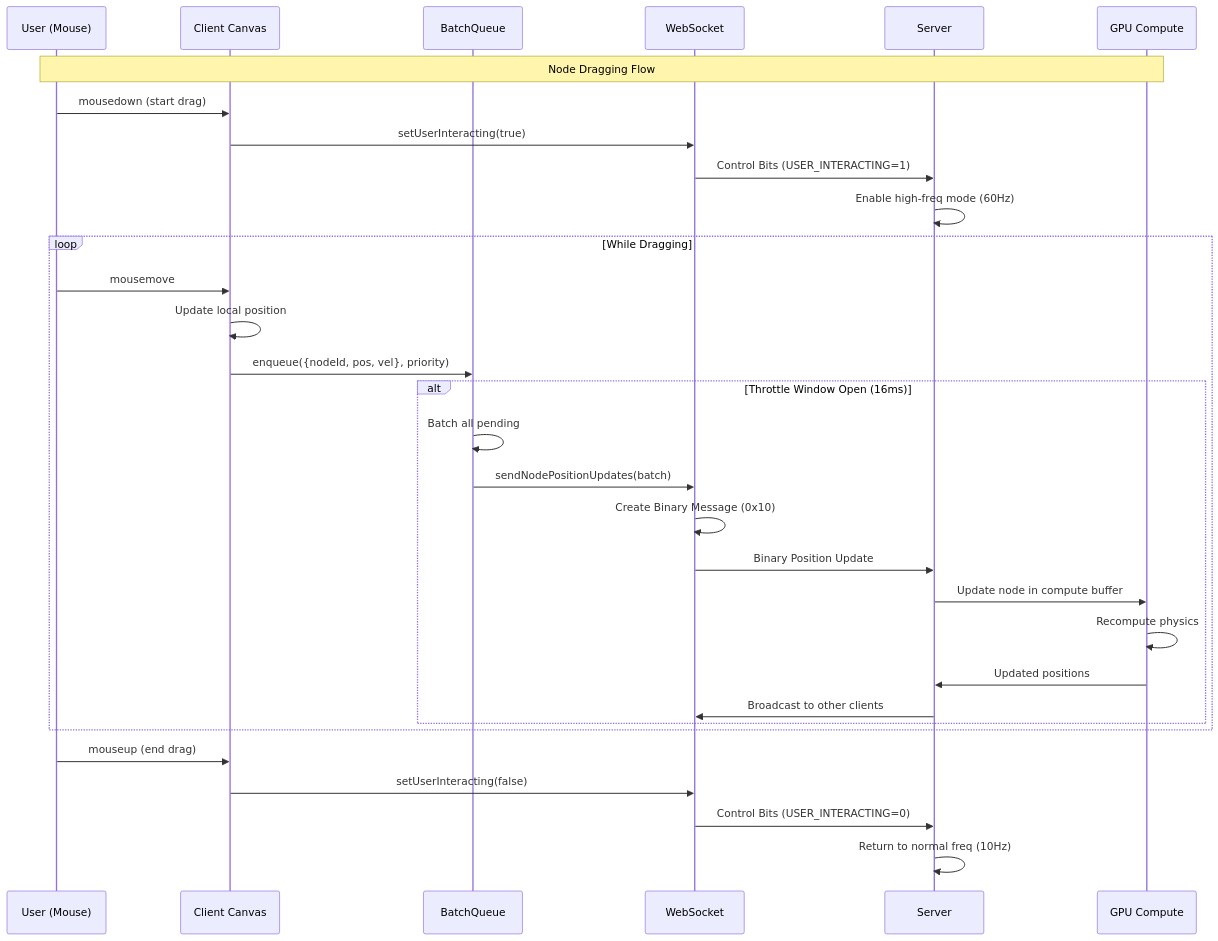
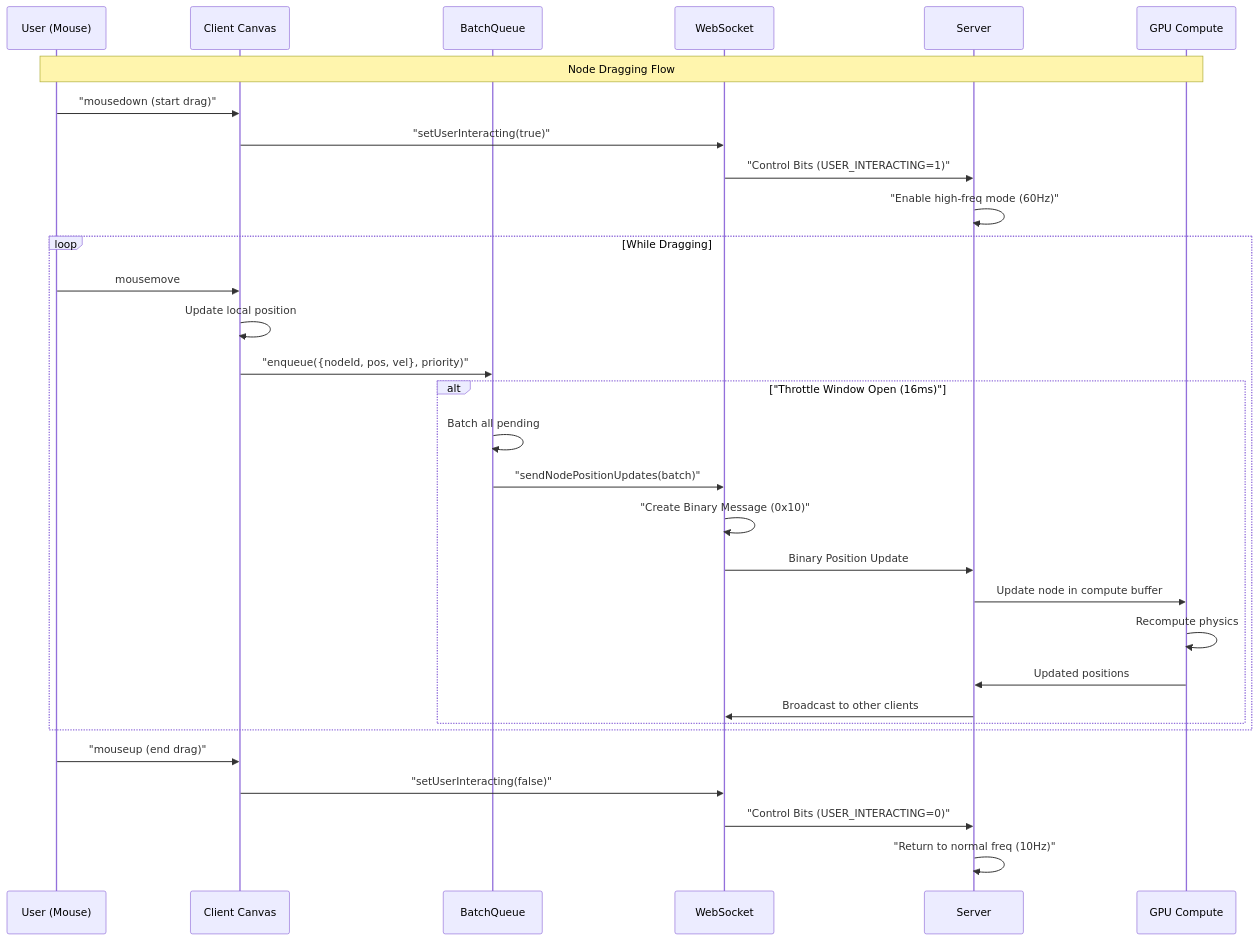
Diagram 13 of 19 in docs/diagrams/infrastructure/websocket/binary-protocol-complete.md (DreamLab-AI/VisionFlow), drawn with Mermaid before and after one commit. The commit also changed other lines of this file and 39 other files, not shown here.

````diff
--- a/docs/diagrams/infrastructure/websocket/binary-protocol-complete.md
+++ b/docs/diagrams/infrastructure/websocket/binary-protocol-complete.md
@@ -949,38 +949,38 @@
 ```mermaid
 sequenceDiagram
     participant U as User (Mouse)
     participant C as Client Canvas
     participant Q as BatchQueue
     participant WS as WebSocket
     participant S as Server
     participant GPU as GPU Compute
 
     Note over U,GPU: Node Dragging Flow
 
-    U->>C: mousedown (start drag)
-    C->>WS: setUserInteracting(true)
-    WS->>S: Control Bits (USER_INTERACTING=1)
-    S->>S: Enable high-freq mode (60Hz)
+    U->>C: "mousedown (start drag)"
+    C->>WS: "setUserInteracting(true)"
+    WS->>S: "Control Bits (USER_INTERACTING=1)"
+    S->>S: "Enable high-freq mode (60Hz)"
 
     loop While Dragging
         U->>C: mousemove
         C->>C: Update local position
-        C->>Q: enqueue({nodeId, pos, vel}, priority)
+        C->>Q: "enqueue({nodeId, pos, vel}, priority)"
 
-        alt Throttle Window Open (16ms)
+        alt "Throttle Window Open (16ms)"
             Q->>Q: Batch all pending
-            Q->>WS: sendNodePositionUpdates(batch)
-            WS->>WS: Create Binary Message (0x10)
+            Q->>WS: "sendNodePositionUpdates(batch)"
+            WS->>WS: "Create Binary Message (0x10)"
             WS->>S: Binary Position Update
             S->>GPU: Update node in compute buffer
             GPU->>GPU: Recompute physics
             GPU->>S: Updated positions
             S->>WS: Broadcast to other clients
         end
     end
 
-    U->>C: mouseup (end drag)
-    C->>WS: setUserInteracting(false)
-    WS->>S: Control Bits (USER_INTERACTING=0)
-    S->>S: Return to normal freq (10Hz)
+    U->>C: "mouseup (end drag)"
+    C->>WS: "setUserInteracting(false)"
+    WS->>S: "Control Bits (USER_INTERACTING=0)"
+    S->>S: "Return to normal freq (10Hz)"
 ```
````
